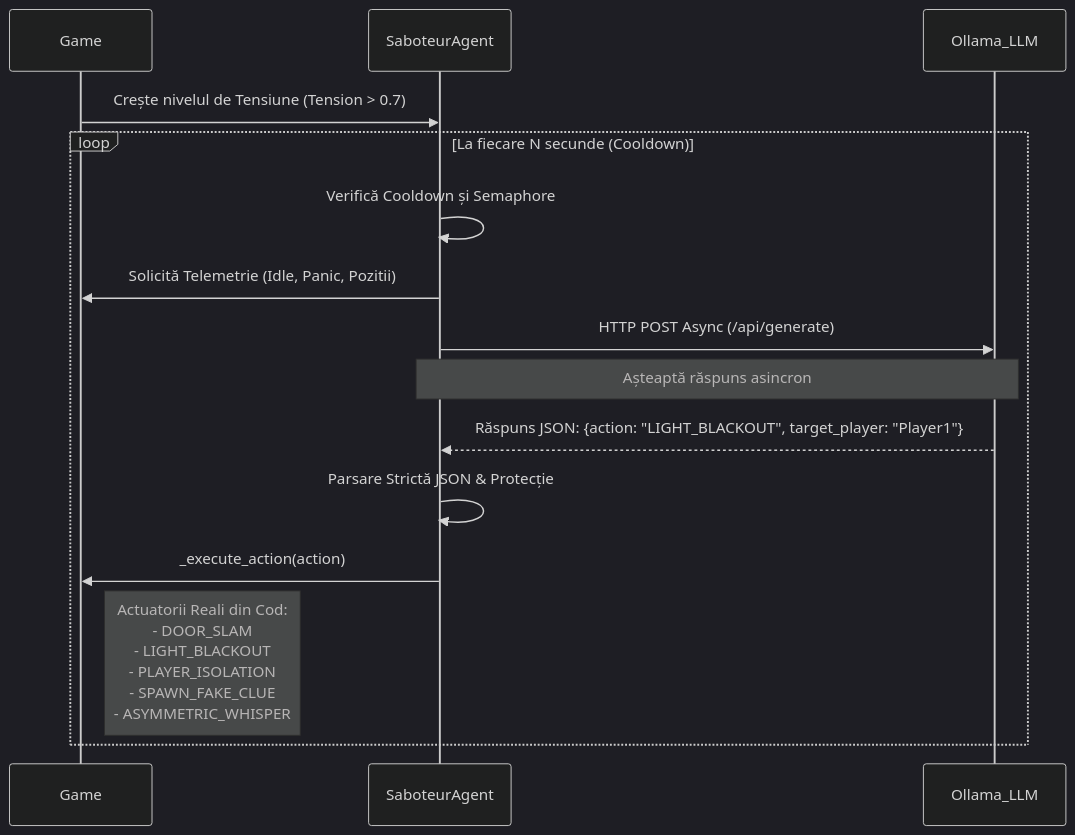
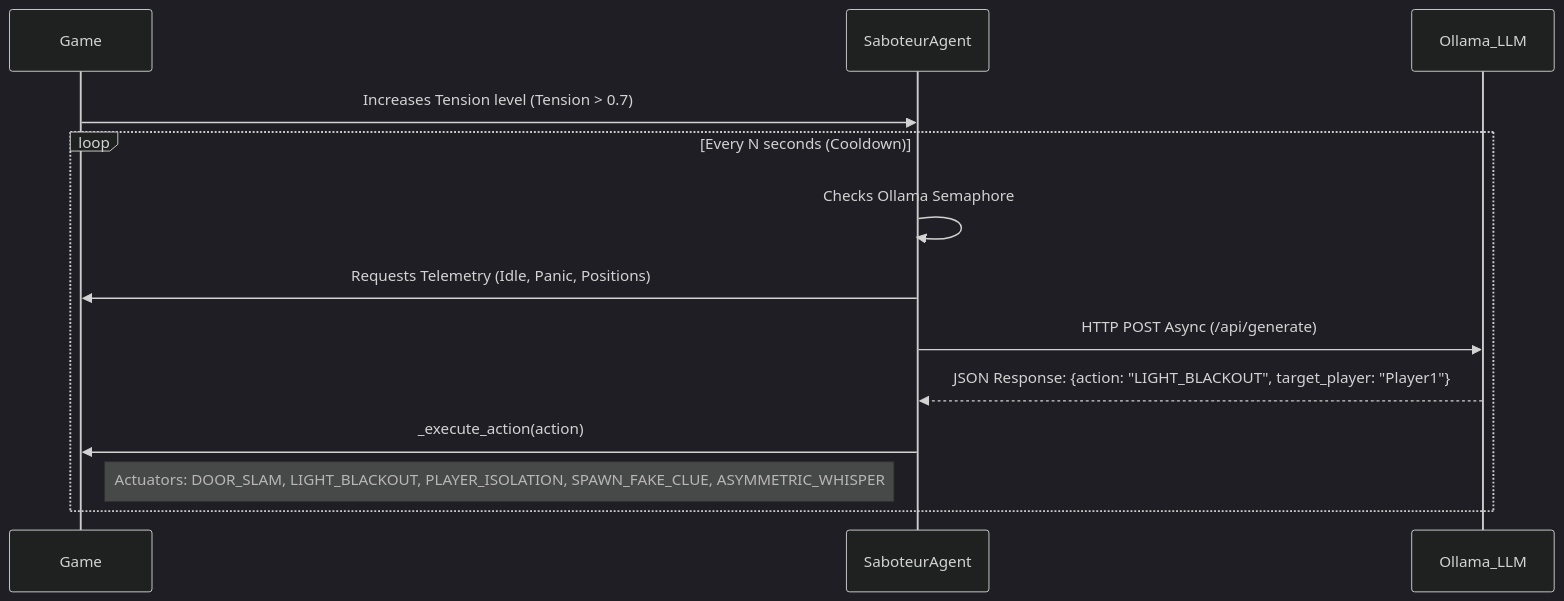
One commit to neica200/Echo-Chamber-Coop changed the sixth of 10 diagrams in diagrame_arhitectura.md. Above: the diagram before and after it, drawn with Mermaid (dark theme). The commit also changed other lines of this file, not shown here.

Commit message:
update diagrams

````diff
--- a/diagrame_arhitectura.md
+++ b/diagrame_arhitectura.md
@@ -174,22 +194,19 @@
 ```mermaid
 sequenceDiagram
     participant Game
     participant SaboteurAgent
     participant Ollama_LLM
     
-    Game->>SaboteurAgent: Crește nivelul de Tensiune (Tension > 0.7)
+    Game->>SaboteurAgent: Increases Tension level (Tension > 0.7)
     
-    loop La fiecare N secunde (Cooldown)
-        SaboteurAgent->>SaboteurAgent: Verifică Cooldown și Semaphore
-        SaboteurAgent->>Game: Solicită Telemetrie (Idle, Panic, Pozitii)
+    loop Every N seconds (Cooldown)
+        SaboteurAgent->>SaboteurAgent: Checks Ollama Semaphore
+        SaboteurAgent->>Game: Requests Telemetry (Idle, Panic, Positions)
         SaboteurAgent->>Ollama_LLM: HTTP POST Async (/api/generate)
         
-        Note over SaboteurAgent,Ollama_LLM: Așteaptă răspuns asincron
-        Ollama_LLM-->>SaboteurAgent: Răspuns JSON: {action: "LIGHT_BLACKOUT", target_player: "Player1"}
+        Ollama_LLM-->>SaboteurAgent: JSON Response: {action: "LIGHT_BLACKOUT", target_player: "Player1"}
         
-        SaboteurAgent->>SaboteurAgent: Parsare Strictă JSON & Protecție
         SaboteurAgent->>Game: _execute_action(action)
-        
-        Note right of Game: Actuatorii Reali din Cod:<br/>- DOOR_SLAM<br/>- LIGHT_BLACKOUT<br/>- PLAYER_ISOLATION<br/>- SPAWN_FAKE_CLUE<br/>- ASYMMETRIC_WHISPER
+        Note right of Game: Actuators: DOOR_SLAM, LIGHT_BLACKOUT, PLAYER_ISOLATION, SPAWN_FAKE_CLUE, ASYMMETRIC_WHISPER
     end
 ```
````
